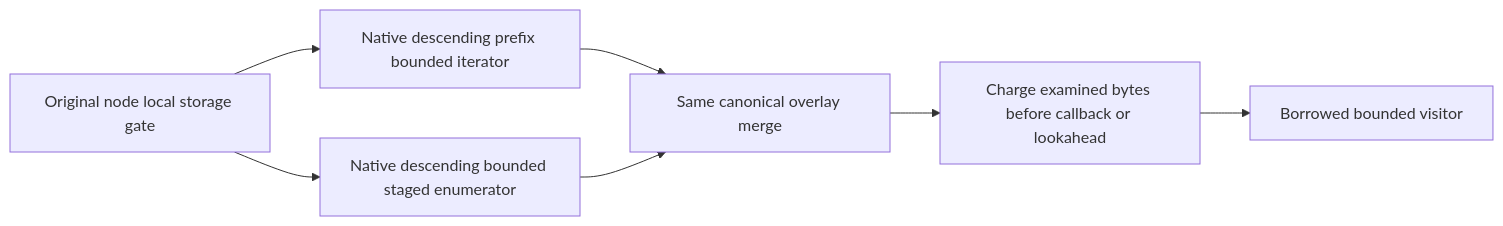
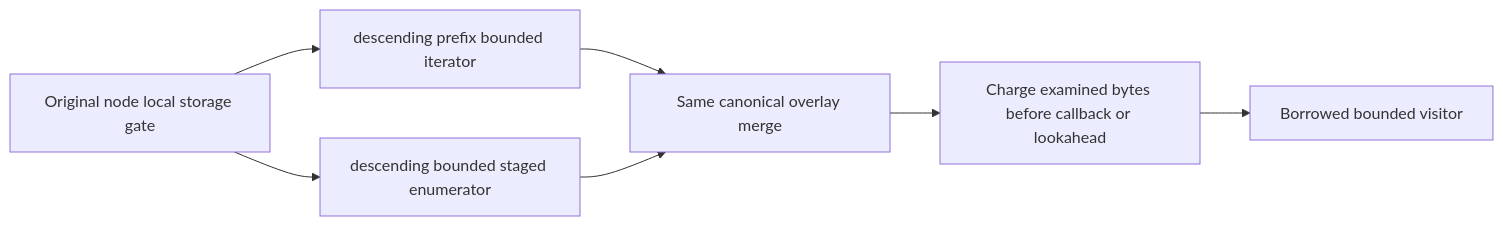
The fourth of 7 diagrams in docs/Features/StorageRecovery.md (managedcode/KeyLoad), drawn with Mermaid before and after one commit. The commit also changed other lines of this file and 9016 other files, not shown here.

````diff
--- a/docs/Features/StorageRecovery.md
+++ b/docs/Features/StorageRecovery.md
@@ -102,9 +102,9 @@
 ```mermaid
 flowchart LR
-    Gate[Original node local storage gate] --> Baseline[Native descending prefix bounded iterator]
-    Gate --> Staged[Native descending bounded staged enumerator]
+    Gate[Original node local storage gate] --> Baseline[descending prefix bounded iterator]
+    Gate --> Staged[descending bounded staged enumerator]
     Baseline --> Merge[Same canonical overlay merge]
     Staged --> Merge
     Merge --> Charge[Charge examined bytes before callback or lookahead]
     Charge --> Visitor[Borrowed bounded visitor]
 ```
````
